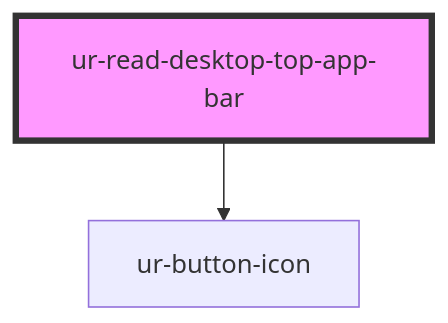
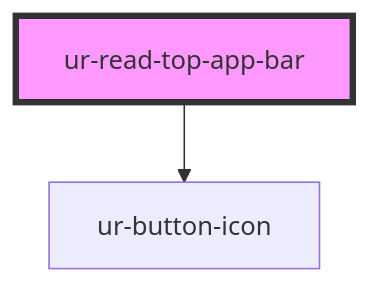
One commit to hellish/urnovl-web-components changed the diagram in src/components/ur-read-top-app-bar/readme.md. Above: the diagram before and after it, drawn with Mermaid. The commit also changed other lines of this file and 7 other files, not shown here.

````diff
--- a/src/components/ur-read-top-app-bar/readme.md
+++ b/src/components/ur-read-top-app-bar/readme.md
@@ -32,5 +36,5 @@
 ```mermaid
 graph TD;
-  ur-read-desktop-top-app-bar --> ur-button-icon
-  style ur-read-desktop-top-app-bar fill:#f9f,stroke:#333,stroke-width:4px
+  ur-read-top-app-bar --> ur-button-icon
+  style ur-read-top-app-bar fill:#f9f,stroke:#333,stroke-width:4px
 ```
````
